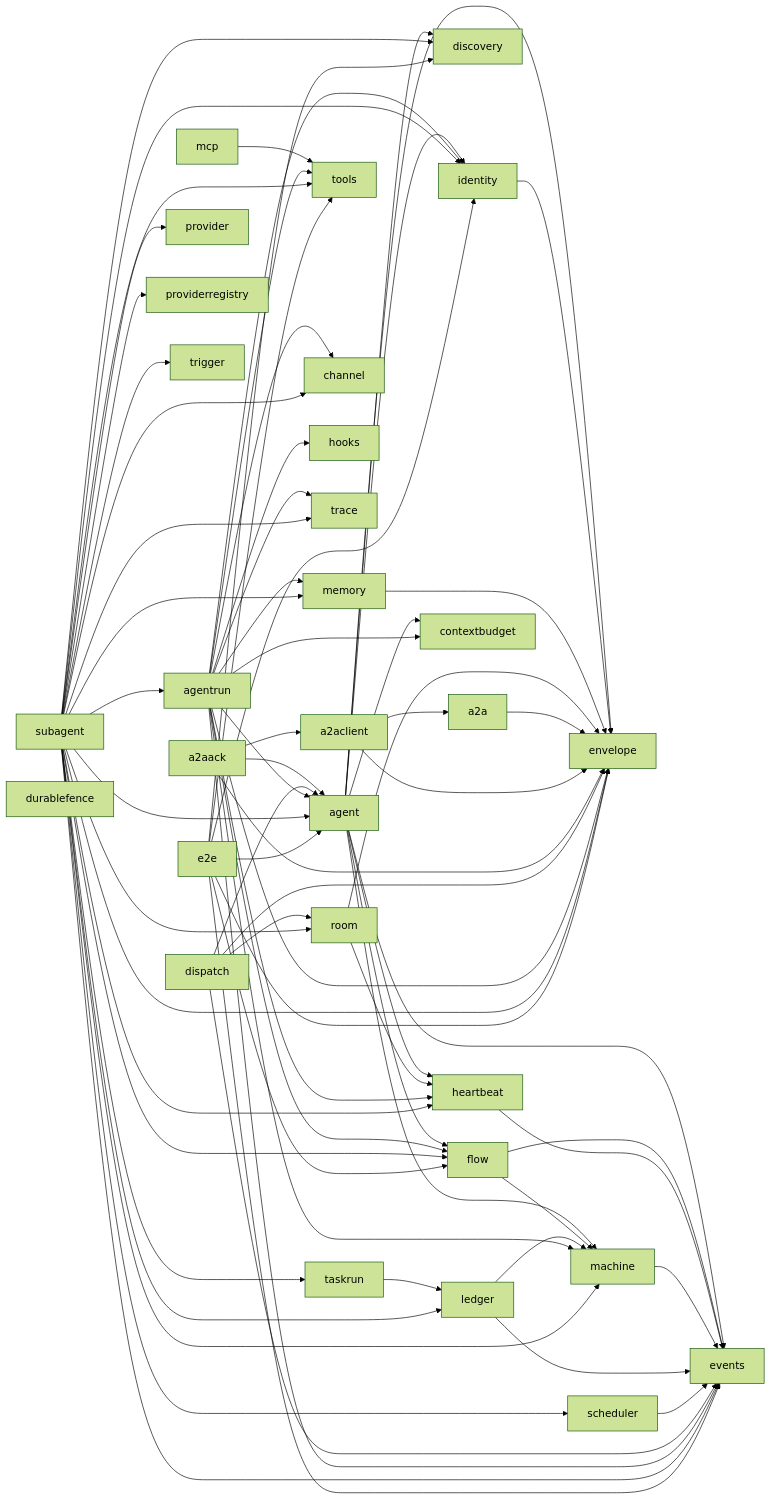
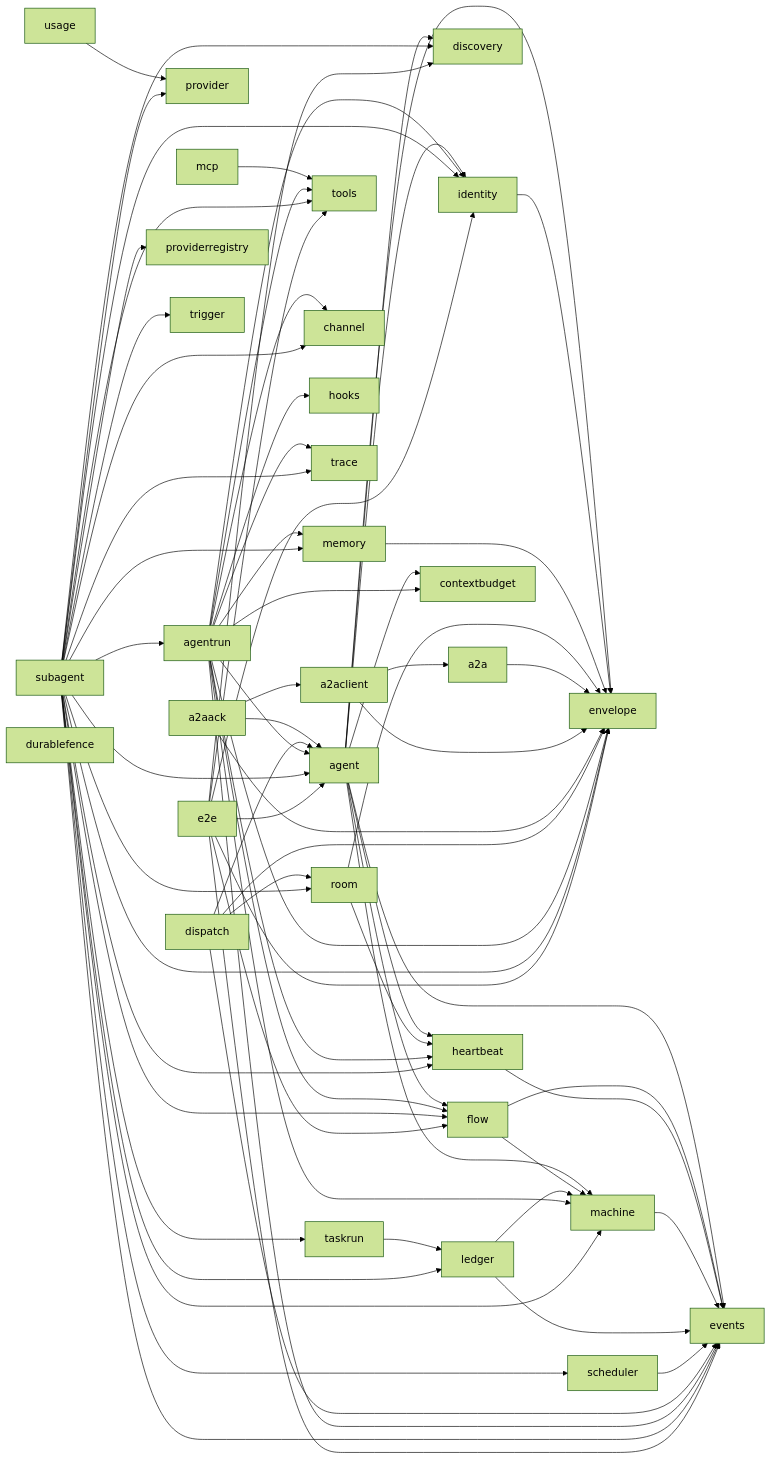
The first of 2 diagrams in docs/architecture.md (MiviaLabs/mivia-ai-sdk), drawn with Mermaid (forest theme) before and after one commit. The commit also changed other lines of this file and 9 other files, not shown here.

````diff
--- a/docs/architecture.md
+++ b/docs/architecture.md
@@ -48,6 +48,7 @@
     a2aclient --> a2a
     a2aclient --> envelope
     mcp --> tools
+    usage --> provider
     scheduler --> events
     a2aack --> a2aclient
     a2aack --> agent
@@ -105,4 +106,5 @@
     provider[provider]
     tools[tools]
     trigger[trigger]
+    usage[usage]
 ```
````
